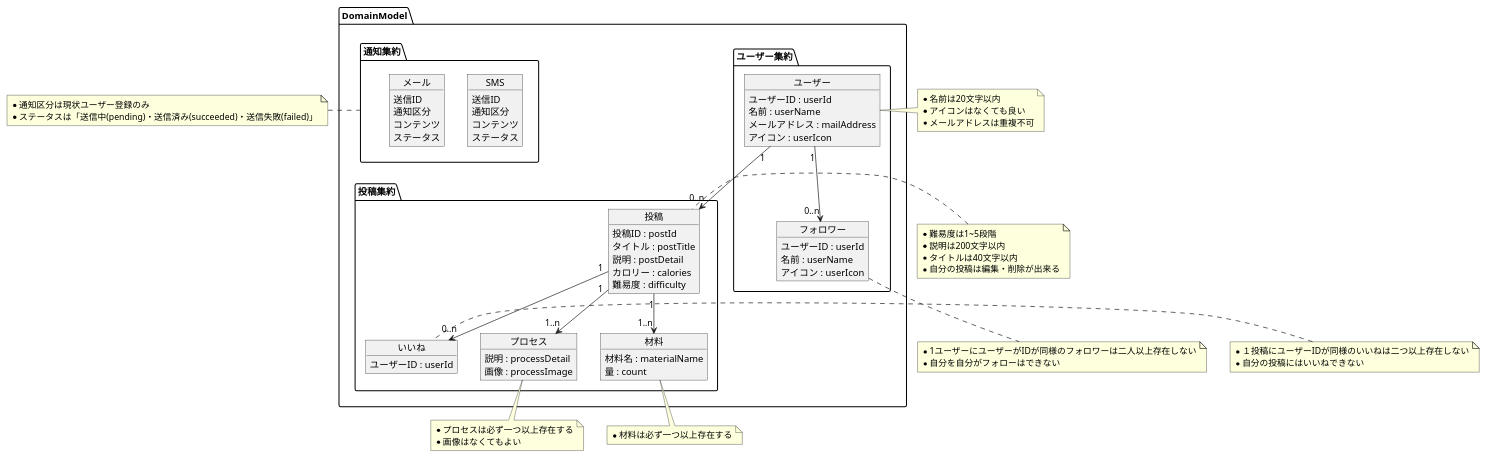
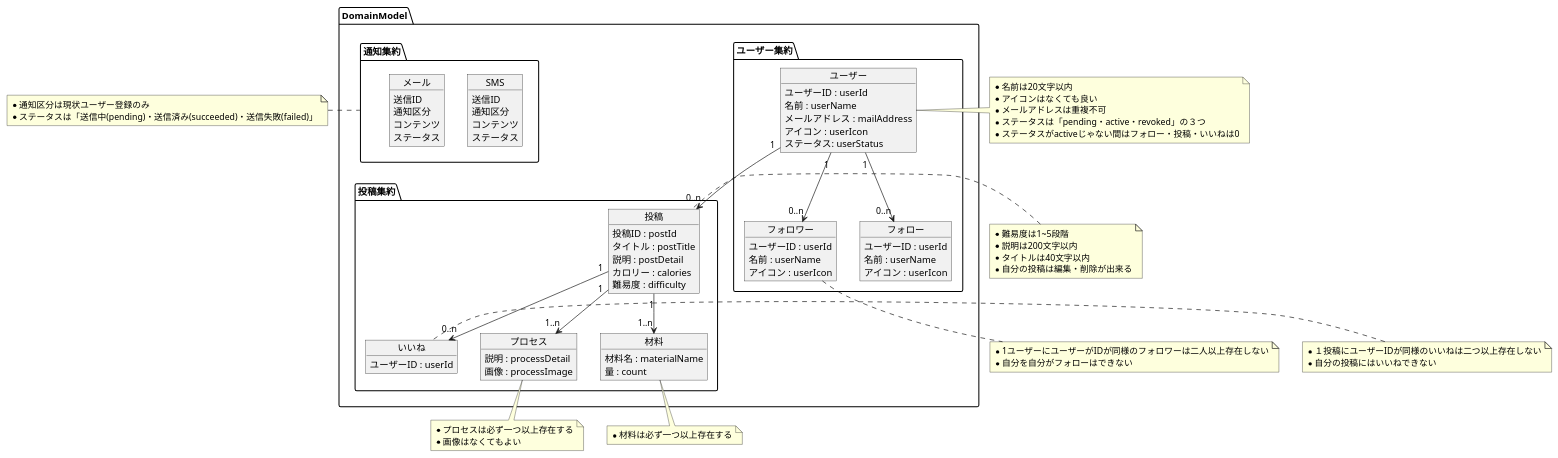
One commit to unkly/recipeaceful changed the diagram in docs/modeling.pu. Above: the diagram before and after it, drawn with PlantUML.

Commit message:
add: modeling更新

```diff
--- a/docs/modeling.pu
+++ b/docs/modeling.pu
@@ -1,97 +1,106 @@
 @startuml
 	package DomainModel {
 		package ユーザー集約 {
 			object ユーザー {
 				ユーザーID : userId
 				名前 : userName
 				メールアドレス : mailAddress
 				アイコン : userIcon
+				ステータス: userStatus
 			}
 			object フォロワー {
+				ユーザーID : userId
+				名前 : userName
+				アイコン : userIcon
+			}
+			object フォロー {
 				ユーザーID : userId
 				名前 : userName
 				アイコン : userIcon
 			}
 		}
 
 		package 投稿集約 {
 			object 投稿 {
 				投稿ID : postId
 				タイトル : postTitle
 				説明 : postDetail
 				カロリー : calories
 				難易度 : difficulty
 			}
 			object いいね {
 				ユーザーID : userId
 			}
 			object プロセス {
 				説明 : processDetail
 				画像 : processImage
 			}
 			object 材料 {
 				材料名 : materialName
 				量 : count
 			}
 		}
 
 		package 通知集約 {
 			object SMS {
 				送信ID
 				通知区分
 				コンテンツ
 				ステータス
 			}
 
 			object メール {
 				送信ID
 				通知区分
 				コンテンツ
 				ステータス
 			}
 		}
 	}
 	
 	note left of 通知集約
 		* 通知区分は現状ユーザー登録のみ
 		* ステータスは「送信中(pending)・送信済み(succeeded)・送信失敗(failed)」
 	end note
 
 	note left of いいね
 		* １投稿にユーザーIDが同様のいいねは二つ以上存在しない
 		* 自分の投稿にはいいねできない
 	end note
 
 	note left of 投稿
 		* 難易度は1~5段階
 		* 説明は200文字以内
 		* タイトルは40文字以内
 		* 自分の投稿は編集・削除が出来る
 	end note
 
 	note bottom of フォロワー
 		* 1ユーザーにユーザーがIDが同様のフォロワーは二人以上存在しない
 		* 自分を自分がフォローはできない
 	end note
 
 	note right of ユーザー
 		* 名前は20文字以内
 		* アイコンはなくても良い
 		* メールアドレスは重複不可
+		* ステータスは「pending・active・revoked」の３つ
+		* ステータスがactiveじゃない間はフォロー・投稿・いいねは0
 	end note
 
 	note bottom of プロセス
 		* プロセスは必ず一つ以上存在する
 		* 画像はなくてもよい
 	end note
 
 	note bottom of 材料
 		* 材料は必ず一つ以上存在する
 	end note
 
 	ユーザー "1" --> "0..n" フォロワー
+	ユーザー "1" --> "0..n" フォロー
 	ユーザー "1" --> "0..n" 投稿
 	投稿 "1" --> "0..n" いいね
 	投稿 "1" --> "1..n" 材料
 	投稿 "1" --> "1..n" プロセス
 @enduml
```
